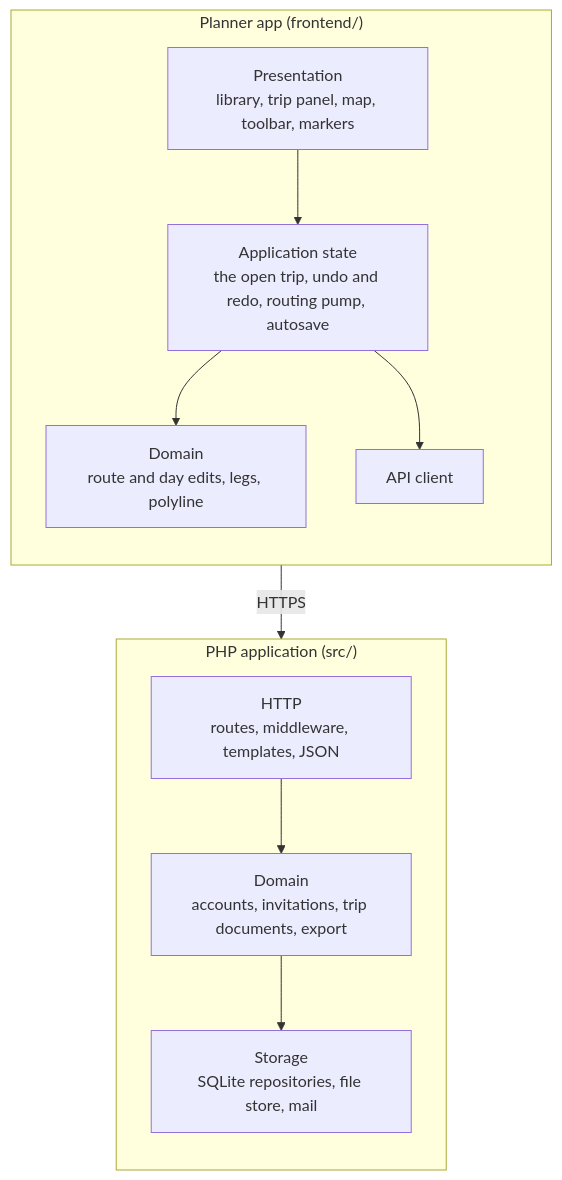
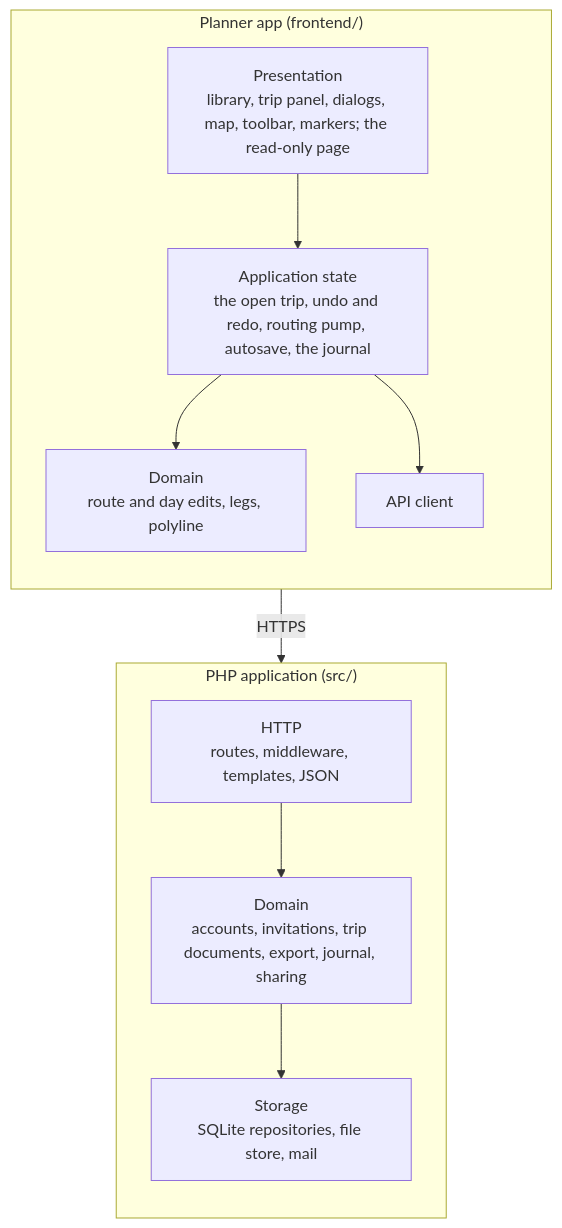
Before and after one commit to c0dev0id/TripPlanner: the second of 3 diagrams in .github/architecture.md, drawn with Mermaid. The commit also changed other lines of this file and 7 other files, not shown here.

First line of the commit message:
Document phase 5: journal, trip state, sharing

````diff
--- a/.github/architecture.md
+++ b/.github/architecture.md
@@ -37,20 +40,20 @@
 ```mermaid
 flowchart TB
   subgraph frontend["Planner app (frontend/)"]
     direction TB
-    ui["Presentation<br/>library, trip panel, map, toolbar, markers"]
-    state["Application state<br/>the open trip, undo and redo, routing pump, autosave"]
+    ui["Presentation<br/>library, trip panel, dialogs, map, toolbar, markers; the read-only page"]
+    state["Application state<br/>the open trip, undo and redo, routing pump, autosave, the journal"]
     fdomain["Domain<br/>route and day edits, legs, polyline"]
     client["API client"]
     ui --> state --> fdomain
     state --> client
   end
   subgraph backend["PHP application (src/)"]
     direction TB
     http["HTTP<br/>routes, middleware, templates, JSON"]
-    domain["Domain<br/>accounts, invitations, trip documents, export"]
+    domain["Domain<br/>accounts, invitations, trip documents, export, journal, sharing"]
     storage["Storage<br/>SQLite repositories, file store, mail"]
     http --> domain --> storage
   end
   client -->|HTTPS| http
 ```
````
